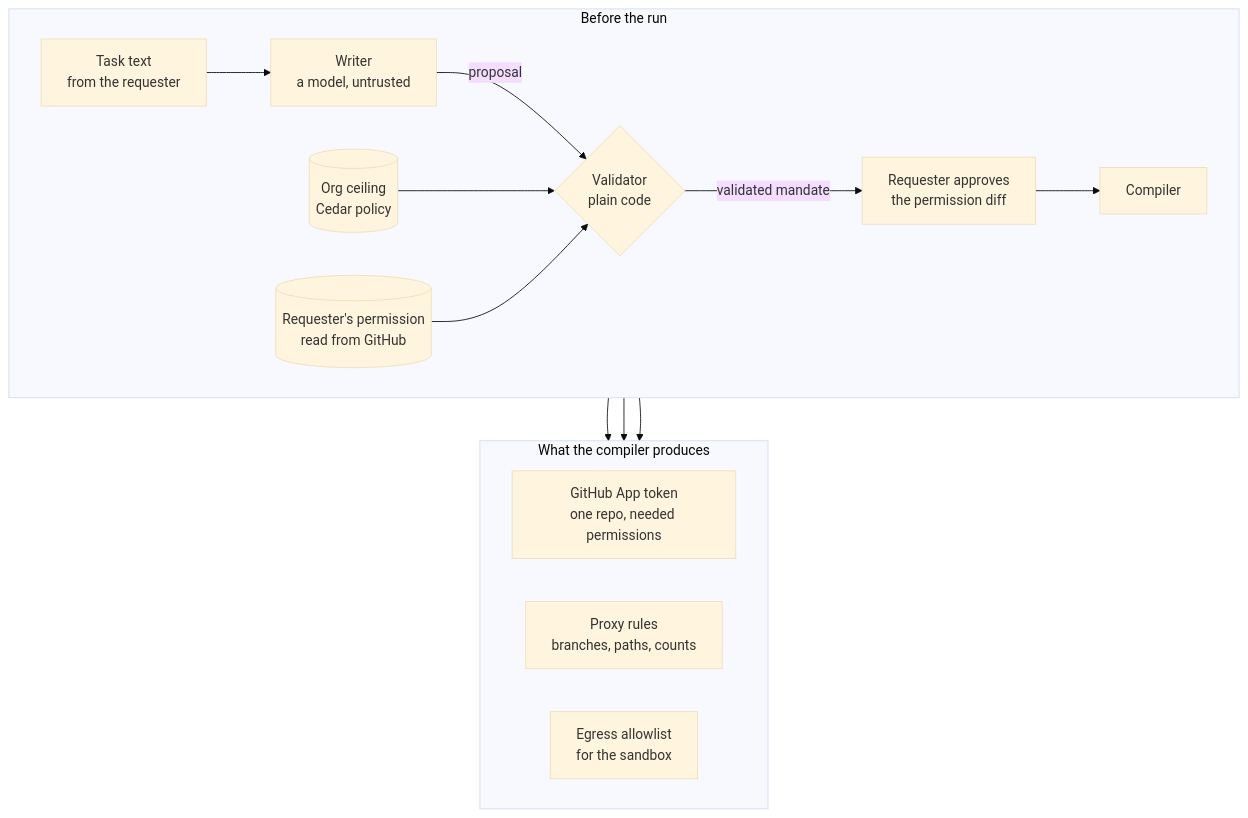
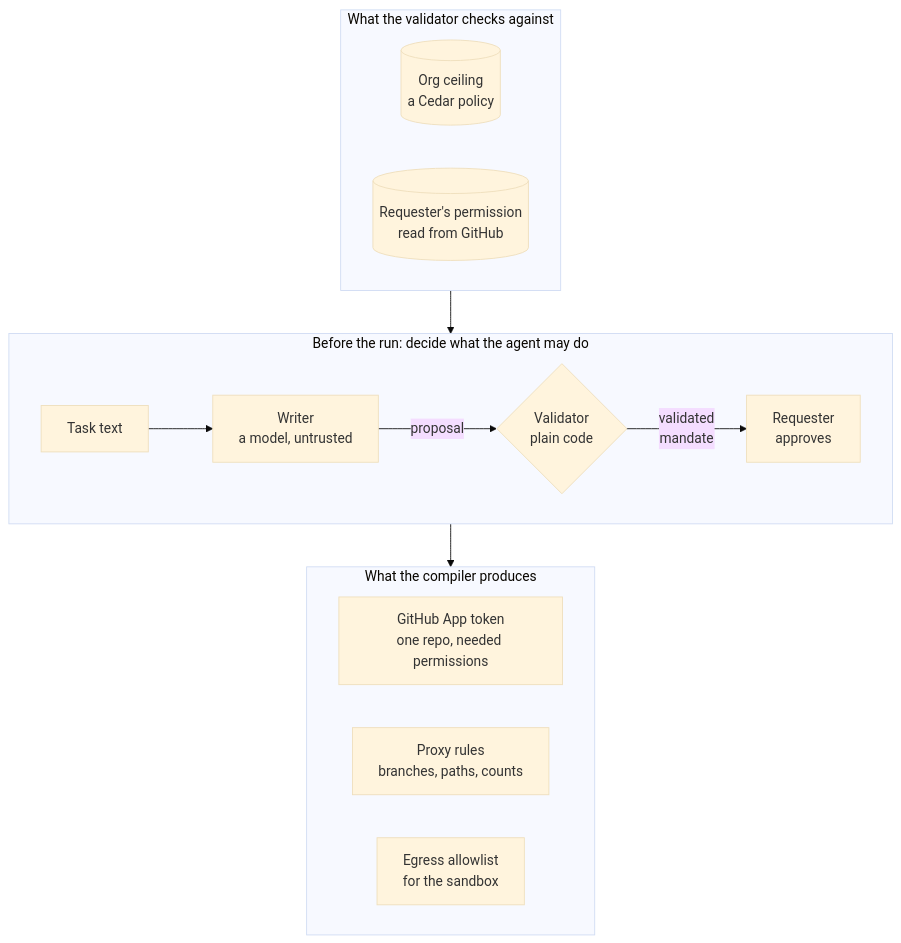
The first of 2 diagrams in README.md (pkravella/mandate), drawn with Mermaid (base theme) before and after one commit. The commit also changed other lines of this file, not shown here.

Commit message:
docs: README diagrams that keep their layout on GitHub
Edges between nodes in different subgraphs made mermaid drop each
subgraph's left-to-right direction, so both diagrams rendered tall and were
clipped. They now link subgraphs, not the nodes inside them.

````diff
--- a/README.md
+++ b/README.md
@@ -143,23 +143,25 @@
 ```mermaid
 flowchart TB
-    subgraph before["Before the run"]
+    subgraph limits["What the validator checks against"]
         direction LR
-        task["Task text<br/>from the requester"] --> writer["Writer<br/>a model, untrusted"]
-        writer -- "proposal" --> validator{"Validator<br/>plain code"}
-        ceiling[("Org ceiling<br/>Cedar policy")] --> validator
-        level[("Requester's permission<br/>read from GitHub")] --> validator
-        validator -- "validated mandate" --> approve["Requester approves<br/>the permission diff"]
-        approve --> compiler["Compiler"]
+        ceiling[("Org ceiling<br/>a Cedar policy")]
+        level[("Requester's permission<br/>read from GitHub")]
     end
 
-    subgraph outputs["What the compiler produces"]
+    subgraph before["Before the run: decide what the agent may do"]
+        direction LR
+        task["Task text"] --> writer["Writer<br/>a model, untrusted"]
+        writer -- "proposal" --> validator{"Validator<br/>plain code"}
+        validator -- "validated<br/>mandate" --> approve["Requester<br/>approves"]
+    end
+
+    subgraph compiled["What the compiler produces"]
         direction LR
         token["GitHub App token<br/>one repo, needed permissions"]
         rules["Proxy rules<br/>branches, paths, counts"]
         egress["Egress allowlist<br/>for the sandbox"]
     end
 
-    compiler --> token
-    compiler --> rules
-    compiler --> egress
+    limits --> before
+    before --> compiled
 ```
````
